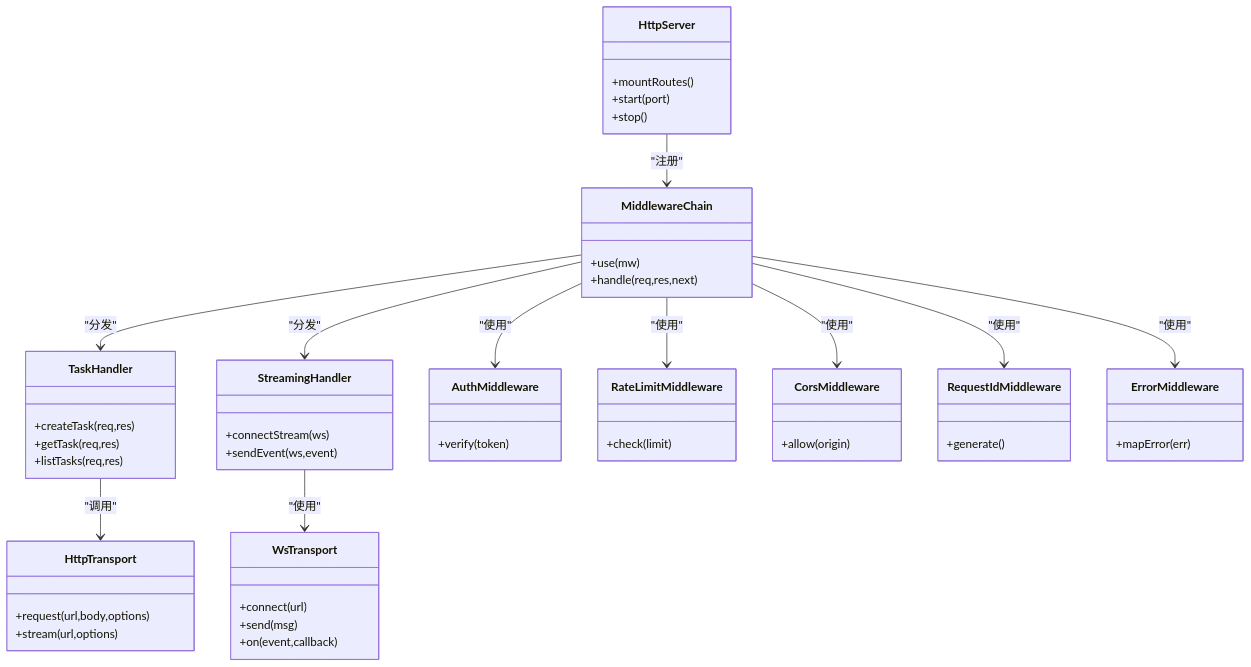
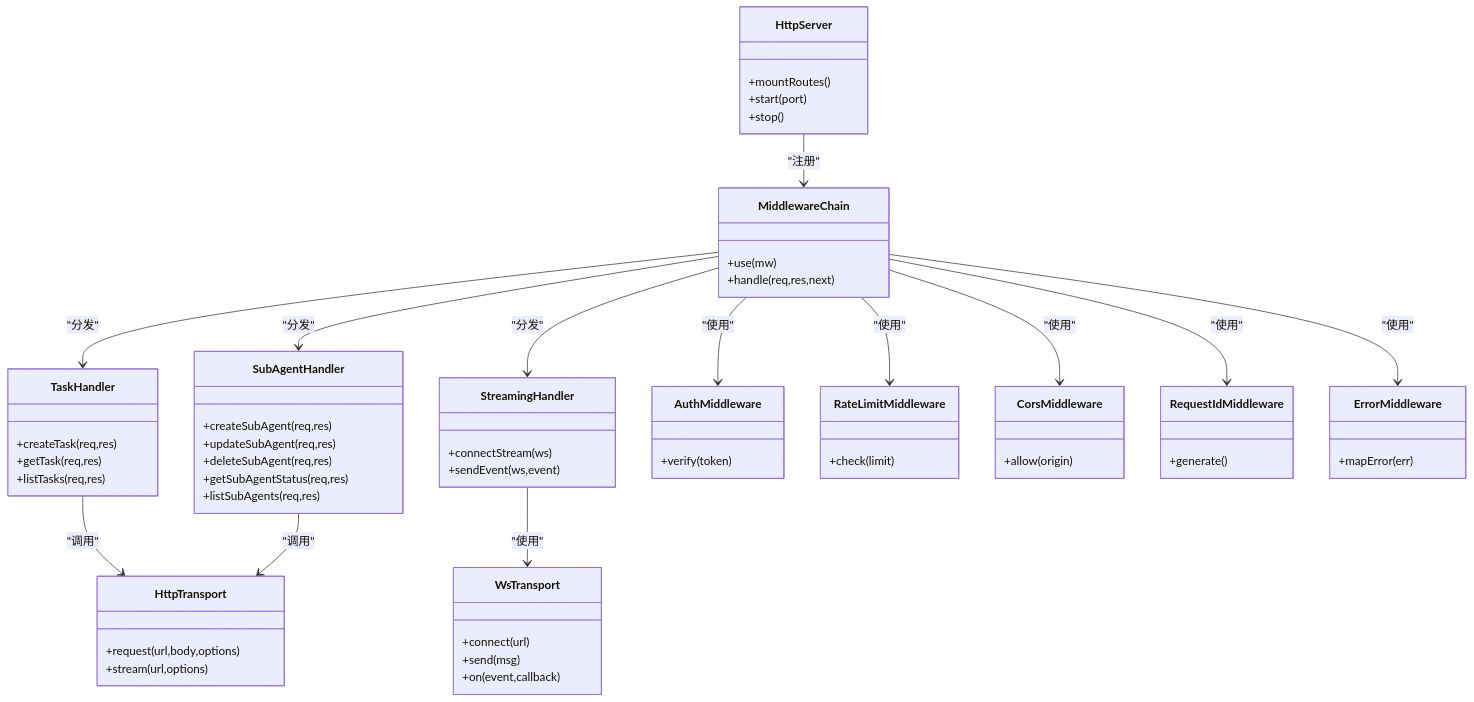
The fourth of 9 diagrams in .qoder/repowiki/zh/content/AI对话系统/引擎API集成.md (kkutysllb/KCoder), drawn with Mermaid before and after one commit. The commit also changed other lines of this file and 127 other files, not shown here.

````diff
--- a/.qoder/repowiki/zh/content/AI对话系统/引擎API集成.md
+++ b/.qoder/repowiki/zh/content/AI对话系统/引擎API集成.md
@@ -254,55 +263,64 @@
 ```mermaid
 classDiagram
 class HttpServer {
 +mountRoutes()
 +start(port)
 +stop()
 }
 class MiddlewareChain {
 +use(mw)
 +handle(req,res,next)
 }
 class TaskHandler {
 +createTask(req,res)
 +getTask(req,res)
 +listTasks(req,res)
+}
+class SubAgentHandler {
++createSubAgent(req,res)
++updateSubAgent(req,res)
++deleteSubAgent(req,res)
++getSubAgentStatus(req,res)
++listSubAgents(req,res)
 }
 class StreamingHandler {
 +connectStream(ws)
 +sendEvent(ws,event)
 }
 class AuthMiddleware {
 +verify(token)
 }
 class RateLimitMiddleware {
 +check(limit)
 }
 class CorsMiddleware {
 +allow(origin)
 }
 class RequestIdMiddleware {
 +generate()
 }
 class ErrorMiddleware {
 +mapError(err)
 }
 class HttpTransport {
 +request(url,body,options)
 +stream(url,options)
 }
 class WsTransport {
 +connect(url)
 +send(msg)
 +on(event,callback)
 }
 HttpServer --> MiddlewareChain : "注册"
 MiddlewareChain --> AuthMiddleware : "使用"
 MiddlewareChain --> RateLimitMiddleware : "使用"
 MiddlewareChain --> CorsMiddleware : "使用"
 MiddlewareChain --> RequestIdMiddleware : "使用"
 MiddlewareChain --> ErrorMiddleware : "使用"
 MiddlewareChain --> TaskHandler : "分发"
+MiddlewareChain --> SubAgentHandler : "分发"
 MiddlewareChain --> StreamingHandler : "分发"
 TaskHandler --> HttpTransport : "调用"
+SubAgentHandler --> HttpTransport : "调用"
 StreamingHandler --> WsTransport : "使用"
 ```
````
